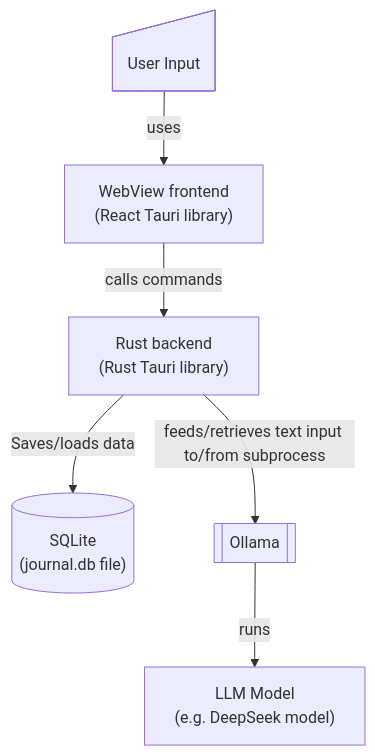
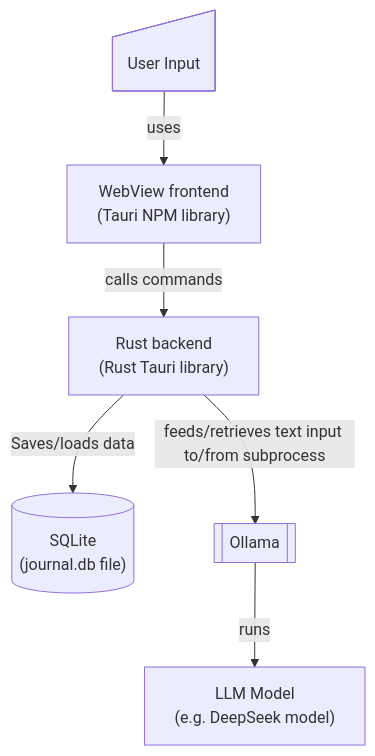
The diagram in README.md (jrayx/deep-journal), drawn with Mermaid before and after one commit. The commit also changed other lines of this file, not shown here.

````diff
--- a/README.md
+++ b/README.md
@@ -26,15 +26,15 @@
 ```mermaid
 flowchart
   user@{ shape: manual-input, label: "User Input"}
-  ui["WebView frontend<br/>(React Tauri library)"]
+  ui["WebView frontend<br/>(Tauri NPM library)"]
   api["Rust backend<br/>(Rust Tauri library)"]
   db[("SQLite<br/>(journal.db file)")]
   ollama["Ollama<br/>"]
   ollama@{ shape: fr-rect, label: "Ollama"}
   llm@{shape: rect, label: "LLM Model<br/>(e.g. DeepSeek model)"}
   
   user -->|uses| ui
   ui -->|calls commands| api -->|Saves/loads data| db
   api -->|feeds/retrieves text input to/from subprocess| ollama
   ollama -->|runs| llm
 ```
````
